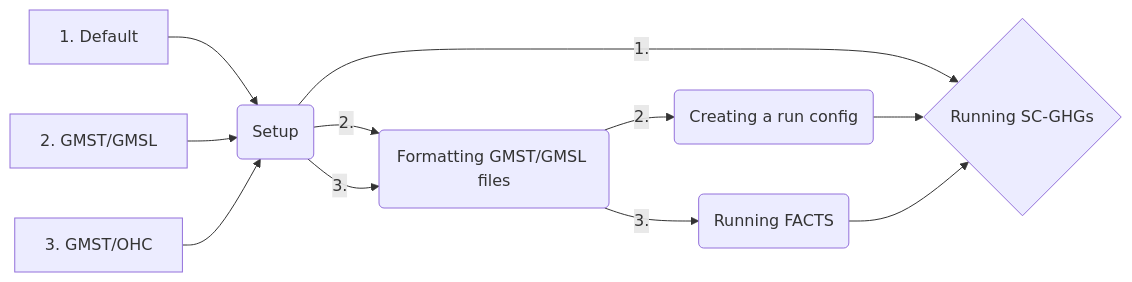
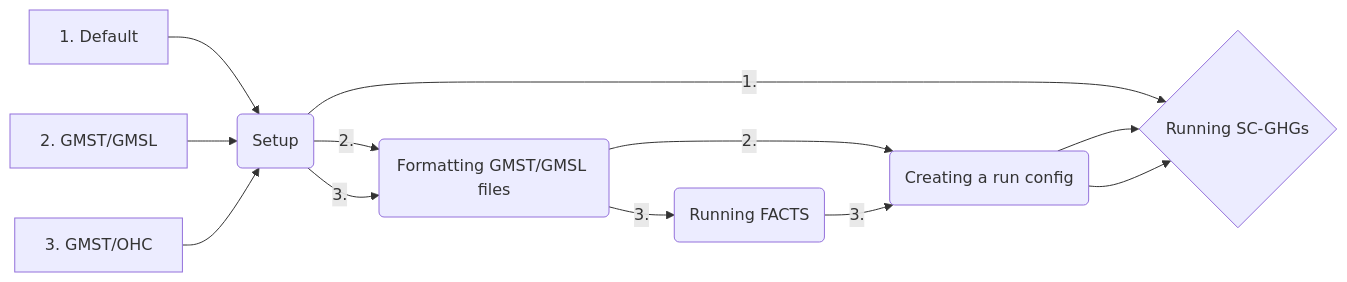
One commit to ClimateImpactLab/dscim-facts-epa changed the diagram in README.md. Above: the diagram before and after it, drawn with Mermaid. The commit also changed other lines of this file, not shown here.

Commit message:
Describe how to update config with pulse sizes

````diff
--- a/README.md
+++ b/README.md
@@ -15,16 +15,17 @@
 ```mermaid
 flowchart LR
 
 A[1. Default] --> D(Setup)
 D --> |1.| E{Running SC-GHGs}
 
 B[2. GMST/GMSL] --> D(Setup)
 D --> |2.| F(Formatting GMST/GMSL files)
 F --> |2.| H(Creating a run config)
 H --> E{Running SC-GHGs}
 
 C[3. GMST/OHC] --> D(Setup)
 D --> |3.| F(Formatting GMST/GMSL files)
 F --> |3.| G(Running FACTS)
-G --> E{Running SC-GHGs}
+G --> |3.| H(Creating a run config)
+H --> E{Running SC-GHGs}
 ```
````
